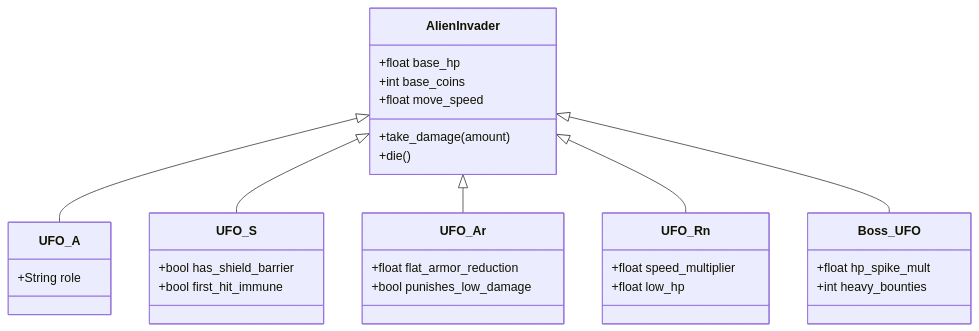
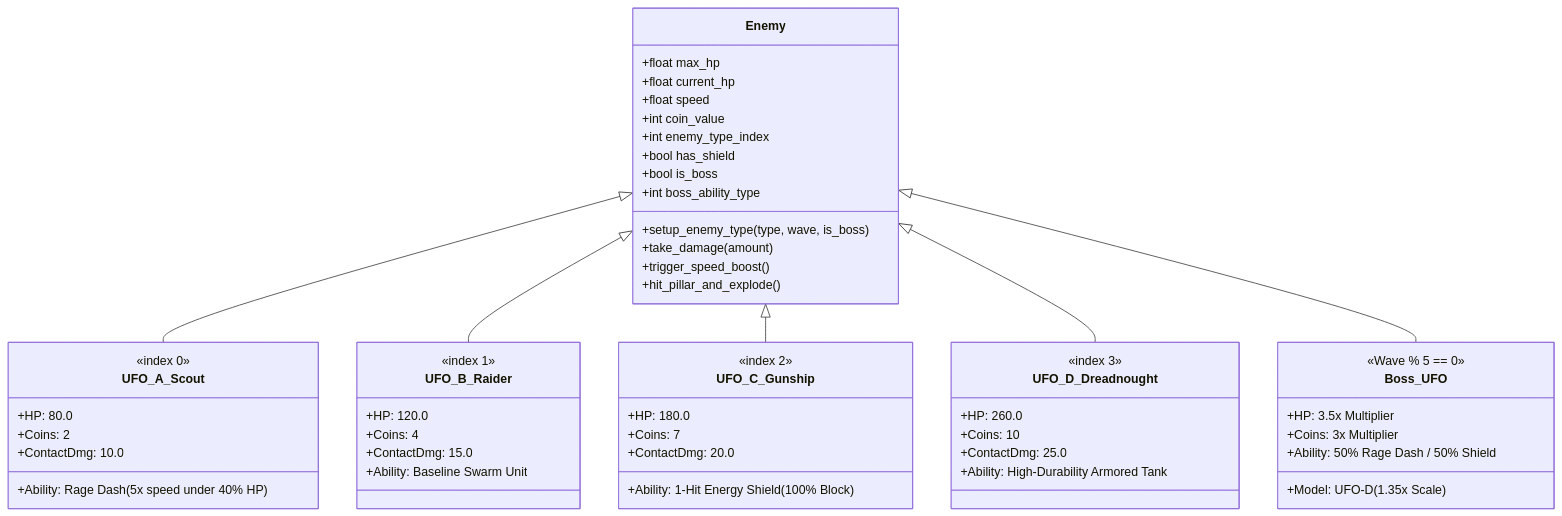
One commit to arlandoapraharjo/chaosmal-defense-td changed the fourth of 6 diagrams in docs/executive_summary.md. Above: the diagram before and after it, drawn with Mermaid. The commit also changed other lines of this file and 3 other files, not shown here.

````diff
--- a/docs/executive_summary.md
+++ b/docs/executive_summary.md
@@ -121,34 +209,57 @@
 ```mermaid
 classDiagram
-    class AlienInvader {
-        +float base_hp
-        +int base_coins
-        +float move_speed
+    class Enemy {
+        +float max_hp
+        +float current_hp
+        +float speed
+        +int coin_value
+        +int enemy_type_index
+        +bool has_shield
+        +bool is_boss
+        +int boss_ability_type
+        +setup_enemy_type(type, wave, is_boss)
         +take_damage(amount)
-        +die()
+        +trigger_speed_boost()
+        +hit_pillar_and_explode()
     }
-    class UFO_A {
-        +String role
+    class UFO_A_Scout {
+        <<index 0>>
+        +HP: 80.0
+        +Coins: 2
+        +ContactDmg: 10.0
+        +Ability: Rage Dash (5x speed under 40% HP)
     }
-    class UFO_S {
-        +bool has_shield_barrier
-        +bool first_hit_immune
+    class UFO_B_Raider {
+        <<index 1>>
+        +HP: 120.0
+        +Coins: 4
+        +ContactDmg: 15.0
+        +Ability: Baseline Swarm Unit
     }
-    class UFO_Ar {
-        +float flat_armor_reduction
-        +bool punishes_low_damage
+    class UFO_C_Gunship {
+        <<index 2>>
+        +HP: 180.0
+        +Coins: 7
+        +ContactDmg: 20.0
+        +Ability: 1-Hit Energy Shield (100% Block)
     }
-    class UFO_Rn {
-        +float speed_multiplier
-        +float low_hp
+    class UFO_D_Dreadnought {
+        <<index 3>>
+        +HP: 260.0
+        +Coins: 10
+        +ContactDmg: 25.0
+        +Ability: High-Durability Armored Tank
     }
     class Boss_UFO {
-        +float hp_spike_mult
-        +int heavy_bounties
+        <<Wave % 5 == 0>>
+        +Model: UFO-D (1.35x Scale)
+        +HP: 3.5x Multiplier
+        +Coins: 3x Multiplier
+        +Ability: 50% Rage Dash / 50% Shield
     }
-    AlienInvader <|-- UFO_A
-    AlienInvader <|-- UFO_S
-    AlienInvader <|-- UFO_Ar
-    AlienInvader <|-- UFO_Rn
-    AlienInvader <|-- Boss_UFO
+    Enemy <|-- UFO_A_Scout
+    Enemy <|-- UFO_B_Raider
+    Enemy <|-- UFO_C_Gunship
+    Enemy <|-- UFO_D_Dreadnought
+    Enemy <|-- Boss_UFO
 ```
````
